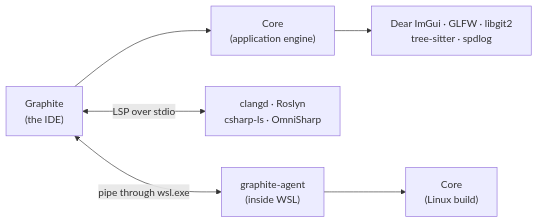
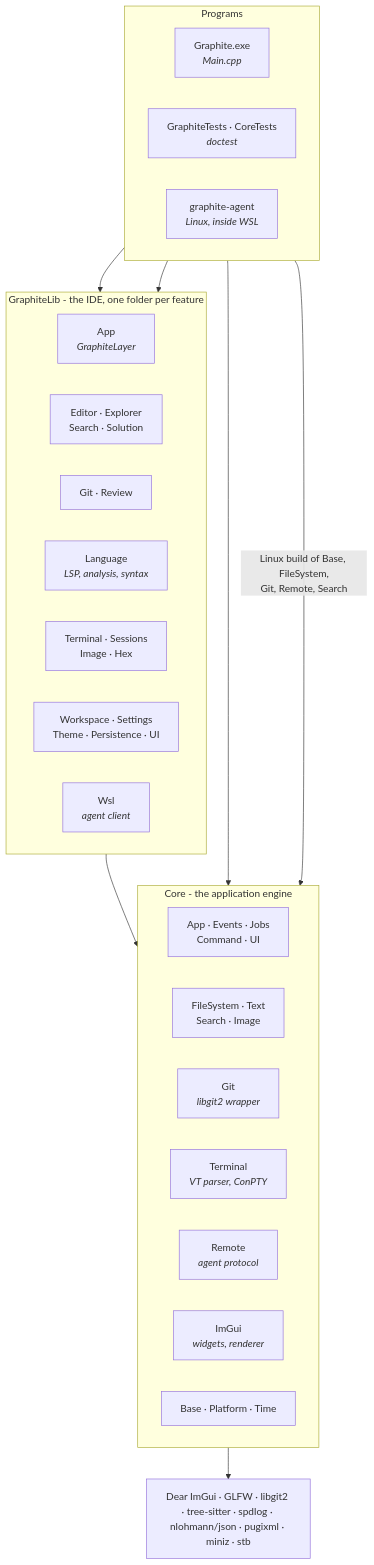
One commit to CaptainLost/graphite-ide changed the first of 2 diagrams in README.md. Above: the diagram before and after it, drawn with Mermaid. The commit also changed other lines of this file, not shown here.

Commit message:
docs: draw the README's architecture as the code's layers and modules and the running IDE's threads, workers and outside processes

````diff
--- a/README.md
+++ b/README.md
@@ -226,8 +229,40 @@
 ```mermaid
-flowchart LR
-    App["Graphite<br/>(the IDE)"] --> Core["Core<br/>(application engine)"]
-    App <-- "LSP over stdio" --> Servers["clangd · Roslyn<br/>csharp-ls · OmniSharp"]
-    App <-- "pipe through wsl.exe" --> Agent["graphite-agent<br/>(inside WSL)"]
-    Agent --> CoreLinux["Core<br/>(Linux build)"]
-    Core --> Libraries["Dear ImGui · GLFW · libgit2<br/>tree-sitter · spdlog"]
+flowchart TB
+    subgraph Programs
+        direction LR
+        Exe["Graphite.exe<br/><i>Main.cpp</i>"]
+        Tests["GraphiteTests · CoreTests<br/><i>doctest</i>"]
+        AgentExe["graphite-agent<br/><i>Linux, inside WSL</i>"]
+    end
+
+    subgraph GraphiteLib["GraphiteLib - the IDE, one folder per feature"]
+        direction LR
+        AppF["App<br/><i>GraphiteLayer</i>"]
+        Editing["Editor · Explorer<br/>Search · Solution"]
+        GitF["Git · Review"]
+        Lang["Language<br/><i>LSP, analysis, syntax</i>"]
+        Rest["Terminal · Sessions<br/>Image · Hex"]
+        Shell["Workspace · Settings<br/>Theme · Persistence · UI"]
+        WslF["Wsl<br/><i>agent client</i>"]
+    end
+
+    subgraph Core["Core - the application engine"]
+        direction LR
+        Runtime["App · Events · Jobs<br/>Command · UI"]
+        Files["FileSystem · Text<br/>Search · Image"]
+        GitC["Git<br/><i>libgit2 wrapper</i>"]
+        Term["Terminal<br/><i>VT parser, ConPTY</i>"]
+        RemoteC["Remote<br/><i>agent protocol</i>"]
+        Widgets["ImGui<br/><i>widgets, renderer</i>"]
+        BaseC["Base · Platform · Time"]
+    end
+
+    Vendor["Dear ImGui · GLFW · libgit2 · tree-sitter · spdlog · nlohmann/json · pugixml · miniz · stb"]
+
+    Exe --> GraphiteLib
+    Tests --> GraphiteLib
+    Tests --> Core
+    AgentExe -- "Linux build of Base, FileSystem,<br/>Git, Remote, Search" --> Core
+    GraphiteLib --> Core
+    Core --> Vendor
 ```
````
